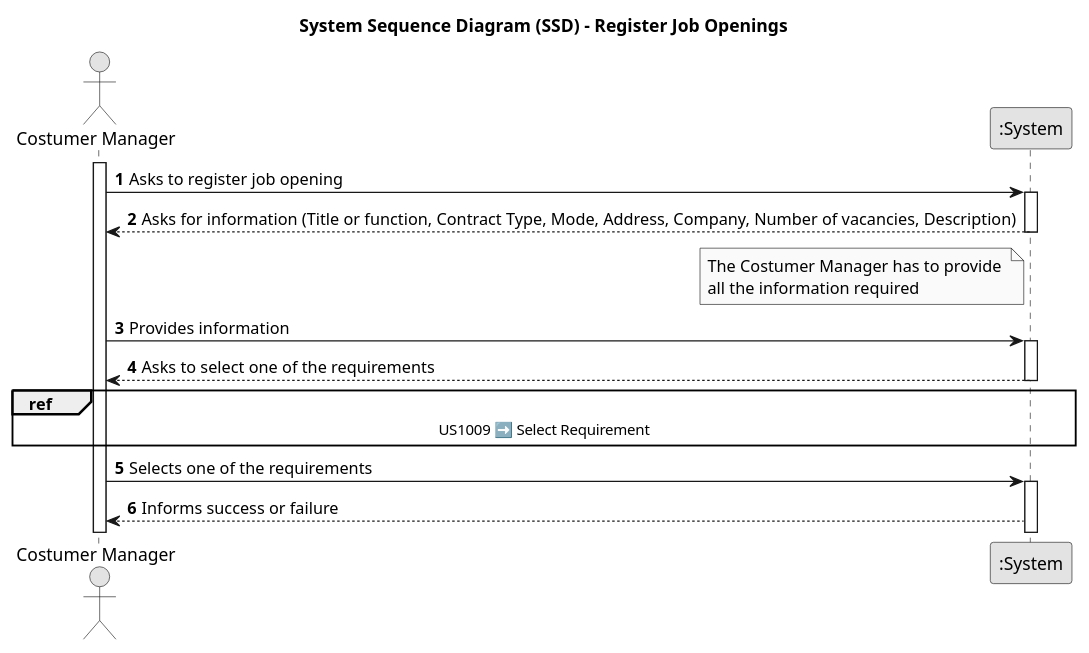
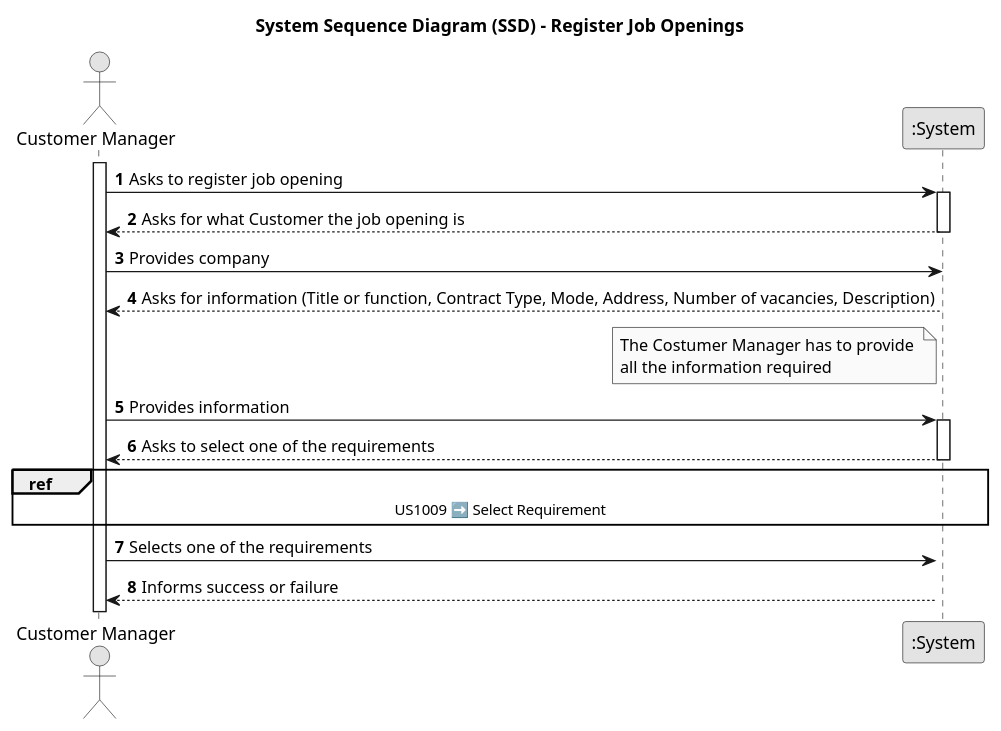
One commit to PureNimble/ISEP-LAPR4 changed the diagram in docs/sprintb/us_1002/01.requirements-engineering/puml/SSD-US1002-registerJobOpenings.puml. Above: the diagram before and after it, drawn with PlantUML. The commit also changed 1 other file, not shown here.

```diff
--- a/docs/sprintb/us_1002/01.requirements-engineering/puml/SSD-US1002-registerJobOpenings.puml
+++ b/docs/sprintb/us_1002/01.requirements-engineering/puml/SSD-US1002-registerJobOpenings.puml
@@ -1,36 +1,42 @@
 @startuml
 skinparam monochrome true
 skinparam packageStyle rectangle
 skinparam shadowing false
 
 title System Sequence Diagram (SSD) - Register Job Openings
 
 autonumber
 
-actor "Costumer Manager" as Manager
+actor "Customer Manager" as Manager
 participant ":System" as System
 
 activate Manager
 
     Manager -> System : Asks to register job opening
     activate System
         
-        System --> Manager : Asks for information (Title or function, Contract Type, Mode, Address, Company, Number of vacancies, Description)
+        System --> Manager : Asks for what Customer the job opening is
+    
+    deactivate System
+
+    Manager -> System : Provides company
+
+        System --> Manager : Asks for information (Title or function, Contract Type, Mode, Address, Number of vacancies, Description)
             note left System : The Costumer Manager has to provide \nall the information required
 
     deactivate System
 
     Manager -> System : Provides information
     activate System
 
         System --> Manager : Asks to select one of the requirements
         ref over System, Manager : US1009 ➡️ Select Requirement
 
     deactivate System
 
     Manager -> System : Selects one of the requirements
     activate System
 
         System --> Manager : Informs success or failure
 
 @enduml
```
